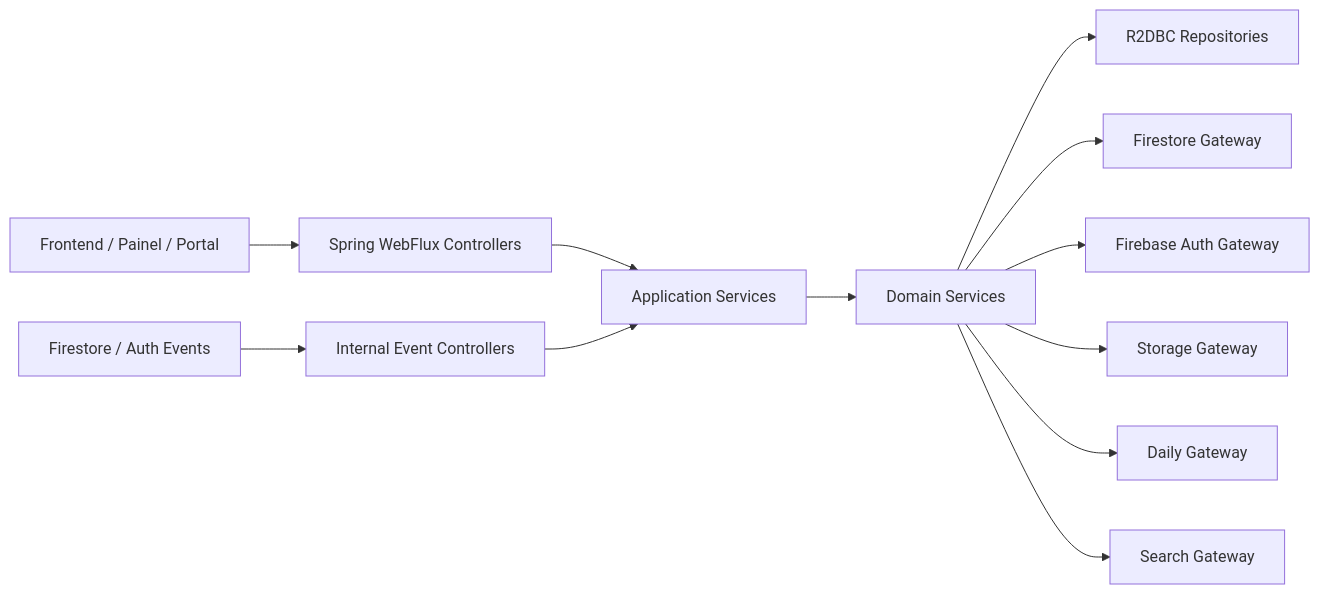
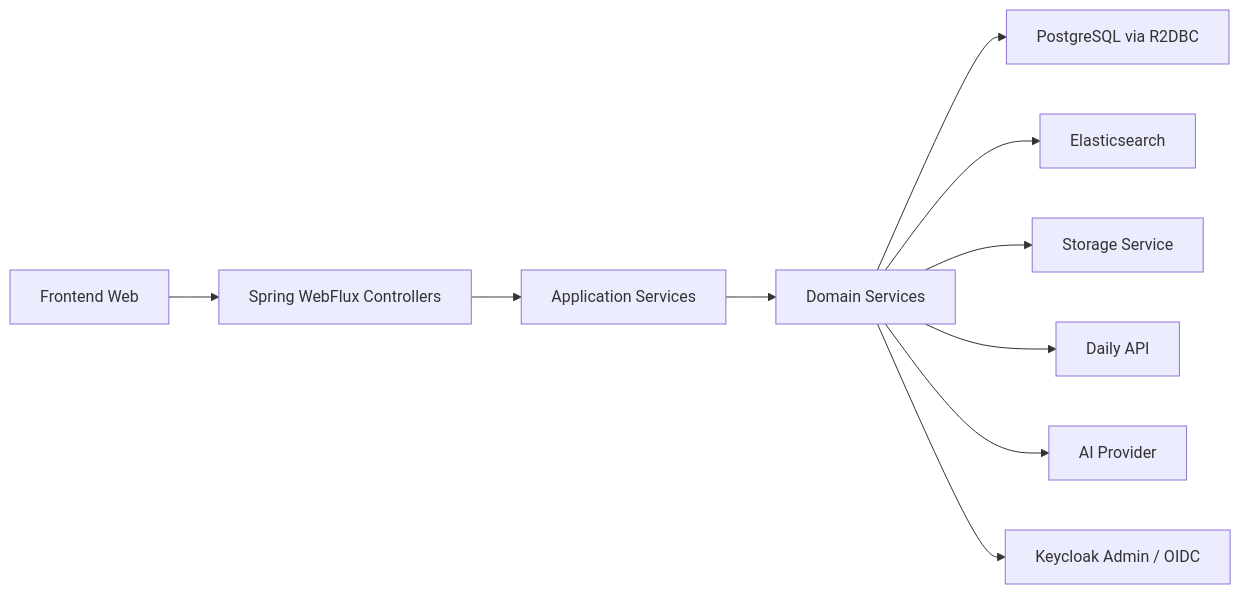
Before and after one commit to thousandtws-tech/tws-fht-clinca-b2y: the first of 7 diagrams in org.tws.by2/docs/backend-java-fluxo.md, drawn with Mermaid. The commit also changed other lines of this file, not shown here.

````diff
--- a/org.tws.by2/docs/backend-java-fluxo.md
+++ b/org.tws.by2/docs/backend-java-fluxo.md
@@ -47,15 +53,12 @@
 ```mermaid
 flowchart LR
-  A[Frontend / Painel / Portal] --> B[Spring WebFlux Controllers]
+  A[Frontend Web] --> B[Spring WebFlux Controllers]
   B --> C[Application Services]
   C --> D[Domain Services]
-  D --> E[R2DBC Repositories]
-  D --> F[Firestore Gateway]
-  D --> G[Firebase Auth Gateway]
-  D --> H[Storage Gateway]
-  D --> I[Daily Gateway]
-  D --> J[Search Gateway]
-
-  K[Firestore / Auth Events] --> L[Internal Event Controllers]
-  L --> C
+  D --> E[PostgreSQL via R2DBC]
+  D --> F[Elasticsearch]
+  D --> G[Storage Service]
+  D --> H[Daily API]
+  D --> I[AI Provider]
+  D --> J[Keycloak Admin / OIDC]
 ```
````
